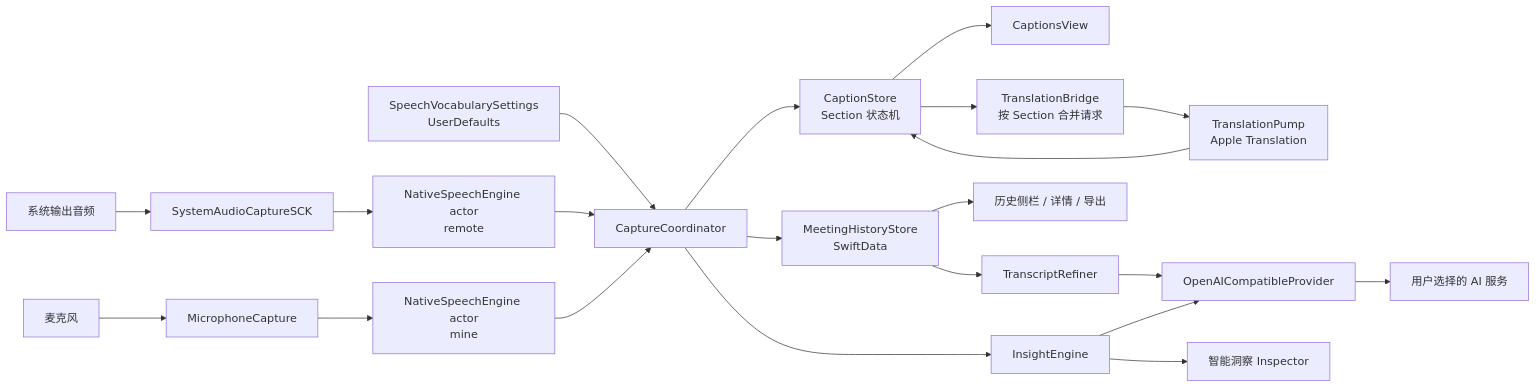
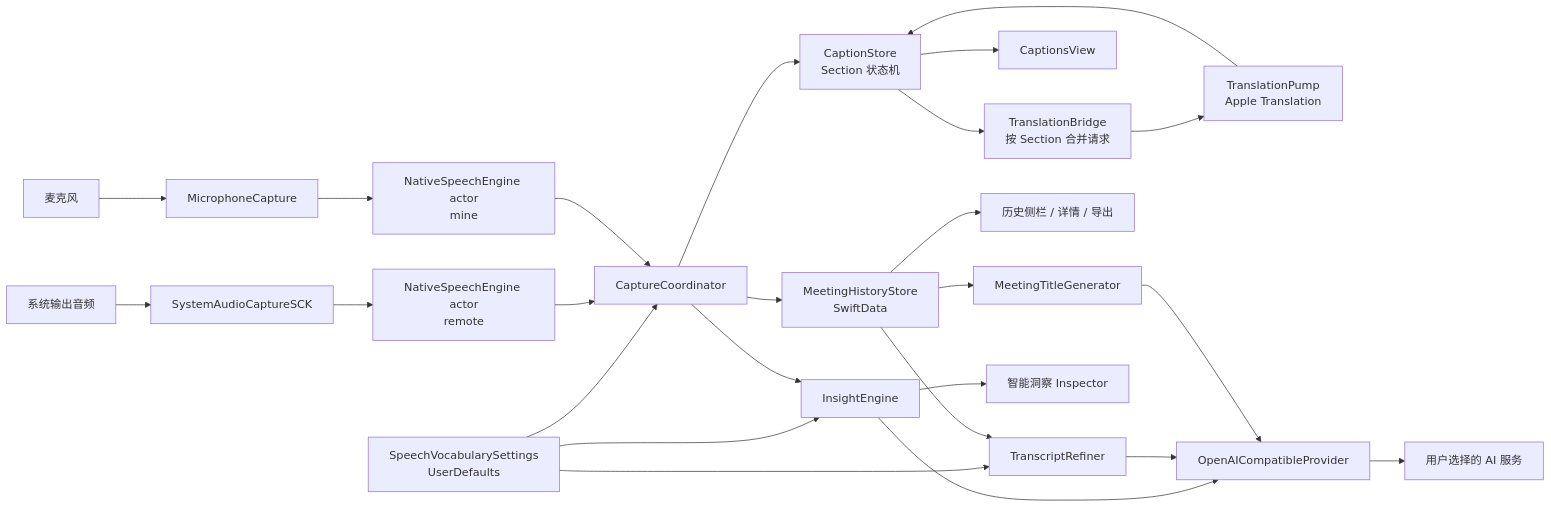
Before and after one commit to zjhch123/SameWave: the diagram in doc/01-项目全景与架构.md, drawn with Mermaid. The commit also changed other lines of this file and 28 other files, not shown here.

First line of the commit message:
Add strict AI schemas and generated meeting titles (#4)

````diff
--- a/doc/01-项目全景与架构.md
+++ b/doc/01-项目全景与架构.md
@@ -50,23 +50,27 @@
 ```mermaid
 flowchart LR
     SYS[系统输出音频] --> SCK[SystemAudioCaptureSCK]
     MIC[麦克风] --> MC[MicrophoneCapture]
     VS[SpeechVocabularySettings\nUserDefaults] --> CO
+    VS --> IE
+    VS --> TR
     SCK --> ASR1[NativeSpeechEngine actor\nremote]
     MC --> ASR2[NativeSpeechEngine actor\nmine]
     ASR1 --> CO[CaptureCoordinator]
     ASR2 --> CO
     CO --> CS[CaptionStore\nSection 状态机]
     CS --> CV[CaptionsView]
     CS --> TB[TranslationBridge\n按 Section 合并请求]
     TB --> TP[TranslationPump\nApple Translation]
     TP --> CS
     CO --> HS[MeetingHistoryStore\nSwiftData]
     HS --> SIDE[历史侧栏 / 详情 / 导出]
     CO --> IE[InsightEngine]
     HS --> TR[TranscriptRefiner]
+    HS --> TG[MeetingTitleGenerator]
     IE --> OP[OpenAICompatibleProvider]
     TR --> OP
+    TG --> OP
     OP --> CLOUD[用户选择的 AI 服务]
     IE --> INS[智能洞察 Inspector]
 ```
````
